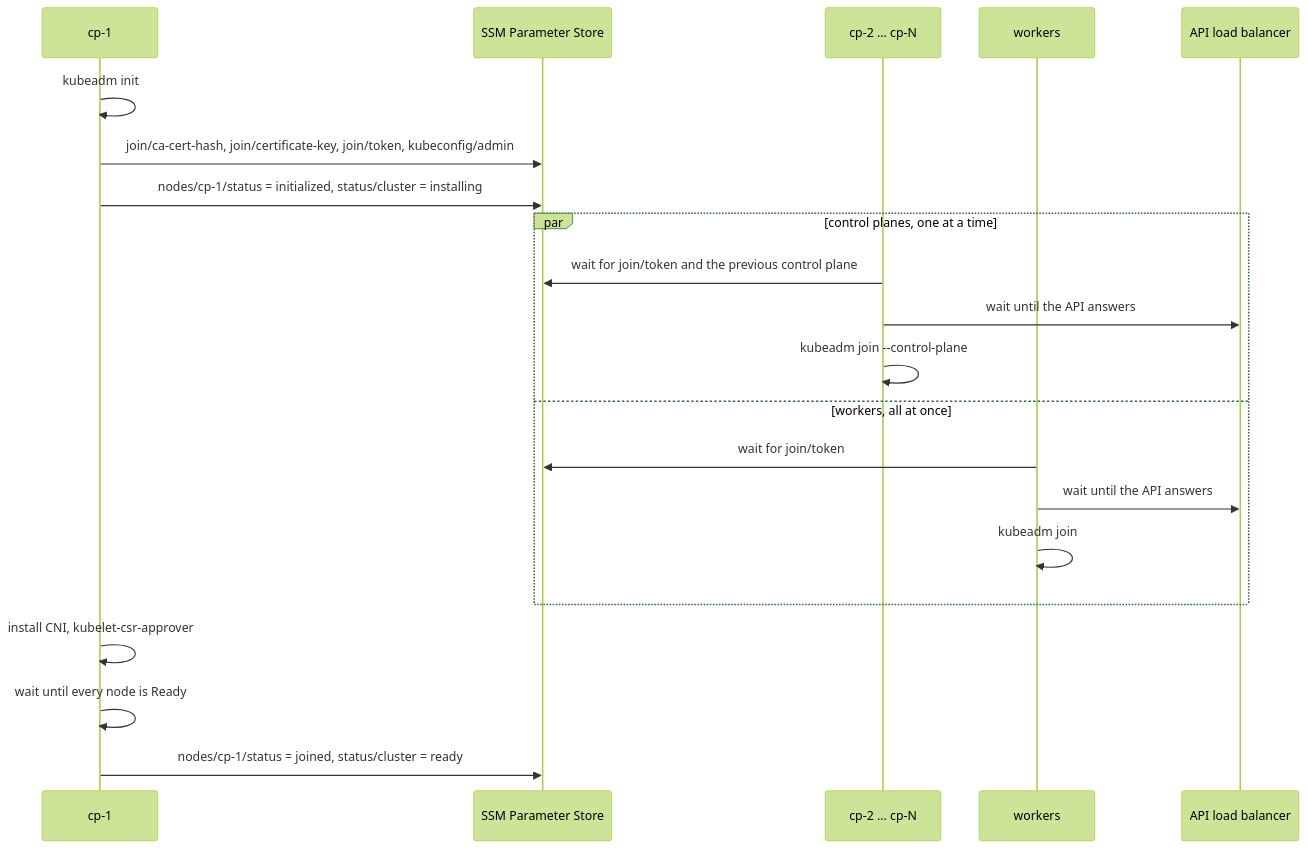
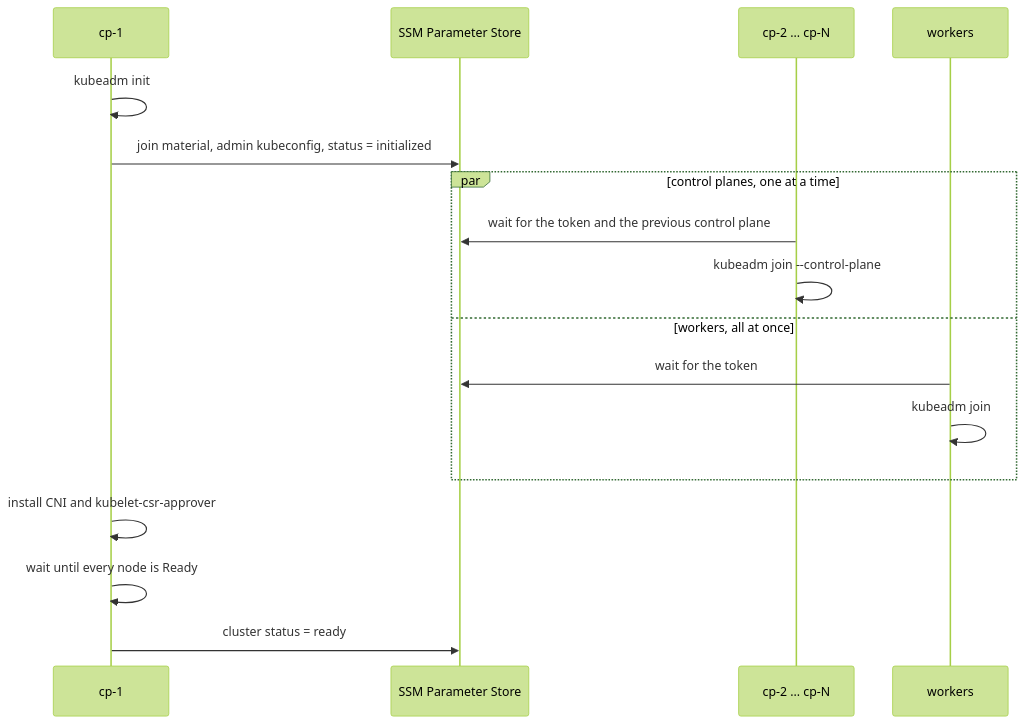
The second of 2 diagrams in docs/architecture.md (mauriciomem/kubeadm-cluster-aws), drawn with Mermaid (forest theme) before and after one commit. The commit also changed other lines of this file and 10 other files, not shown here.

````diff
--- a/docs/architecture.md
+++ b/docs/architecture.md
@@ -146,23 +86,19 @@
 ```mermaid
 sequenceDiagram
   participant cp1 as cp-1
   participant ssm as SSM Parameter Store
   participant cpn as cp-2 ... cp-N
   participant w as workers
-  participant nlb as API load balancer
   cp1->>cp1: kubeadm init
-  cp1->>ssm: join/ca-cert-hash, join/certificate-key, join/token, kubeconfig/admin
-  cp1->>ssm: nodes/cp-1/status = initialized, status/cluster = installing
+  cp1->>ssm: join material, admin kubeconfig, status = initialized
   par control planes, one at a time
-    cpn->>ssm: wait for join/token and the previous control plane
-    cpn->>nlb: wait until the API answers
+    cpn->>ssm: wait for the token and the previous control plane
     cpn->>cpn: kubeadm join --control-plane
   and workers, all at once
-    w->>ssm: wait for join/token
-    w->>nlb: wait until the API answers
+    w->>ssm: wait for the token
     w->>w: kubeadm join
   end
-  cp1->>cp1: install CNI, kubelet-csr-approver
+  cp1->>cp1: install CNI and kubelet-csr-approver
   cp1->>cp1: wait until every node is Ready
-  cp1->>ssm: nodes/cp-1/status = joined, status/cluster = ready
+  cp1->>ssm: cluster status = ready
 ```
````
